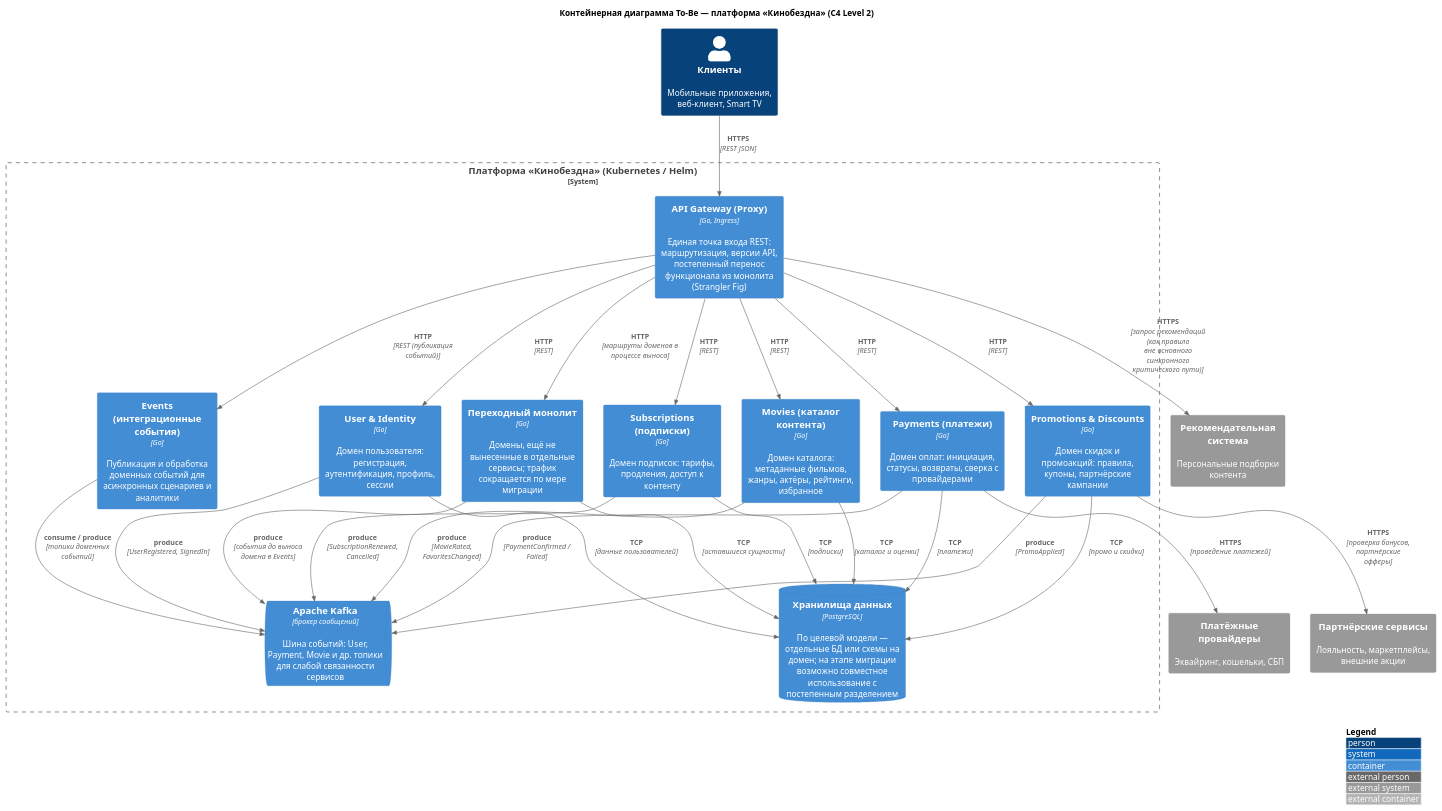
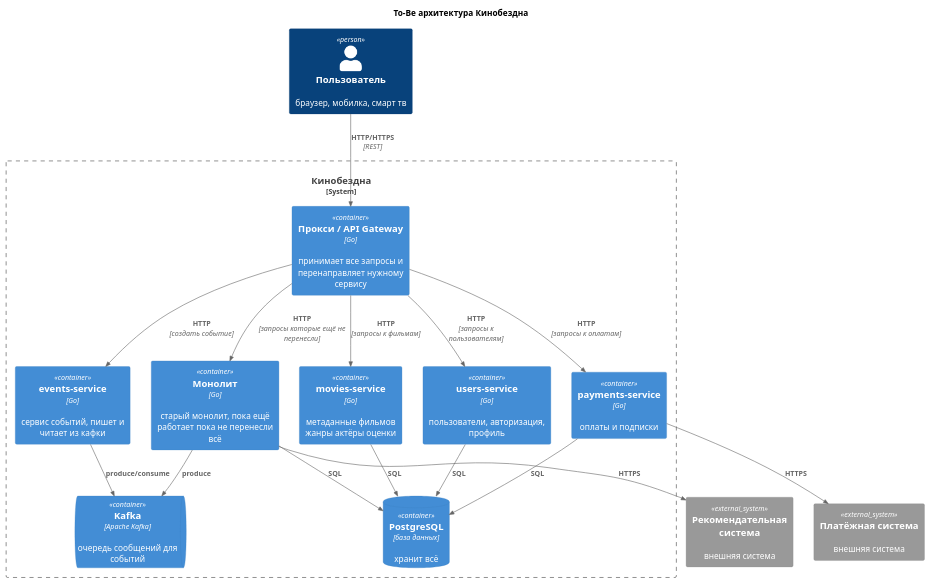
Before and after one commit to firuzd1/architecture-pro-cinemaabyss: the diagram in docs/architecture/c4-to-be-containers.puml, drawn with PlantUML. The commit also changed 1 other file, not shown here.

Commit message:
задание 1 - диаграмма c4 to be

```diff
--- a/docs/architecture/c4-to-be-containers.puml
+++ b/docs/architecture/c4-to-be-containers.puml
@@ -1,69 +1,49 @@
-@startuml CinemaAbyss_ToBe_Containers
-' C4-PlantUML: https://github.com/plantuml-stdlib/C4-PlantUML
-' При офлайн-рендере подставьте локальный путь к C4_Container.puml из вашей установки.
+@startuml
 !include https://raw.githubusercontent.com/plantuml-stdlib/C4-PlantUML/master/C4_Container.puml
 
-LAYOUT_WITH_LEGEND()
+title To-Be архитектура Кинобездна
 
-title Контейнерная диаграмма To-Be — платформа «Кинобездна» (C4 Level 2)
+Person(user, "Пользователь", "браузер, мобилка, смарт тв")
 
-Person(clients, "Клиенты", "Мобильные приложения, веб-клиент, Smart TV")
+System_Boundary(s, "Кинобездна") {
 
-System_Boundary(platform, "Платформа «Кинобездна» (Kubernetes / Helm)") {
+    Container(proxy, "Прокси / API Gateway", "Go", "принимает все запросы и перенаправляет нужному сервису")
 
-    Container(gateway, "API Gateway (Proxy)", "Go, Ingress", "Единая точка входа REST: маршрутизация, версии API, постепенный перенос функционала из монолита (Strangler Fig)")
+    Container(monolith, "Монолит", "Go", "старый монолит, пока ещё работает пока не перенесли всё")
 
-    Container(monolith, "Переходный монолит", "Go", "Домены, ещё не вынесенные в отдельные сервисы; трафик сокращается по мере миграции")
+    Container(movies, "movies-service", "Go", "метаданные фильмов жанры актёры оценки")
 
-    Container(users, "User & Identity", "Go", "Домен пользователя: регистрация, аутентификация, профиль, сессии")
+    Container(users, "users-service", "Go", "пользователи, авторизация, профиль")
 
-    Container(movies, "Movies (каталог контента)", "Go", "Домен каталога: метаданные фильмов, жанры, актёры, рейтинги, избранное")
+    Container(payments, "payments-service", "Go", "оплаты и подписки")
 
-    Container(payments, "Payments (платежи)", "Go", "Домен оплат: инициация, статусы, возвраты, сверка с провайдерами")
+    Container(events, "events-service", "Go", "сервис событий, пишет и читает из кафки")
 
-    Container(subs, "Subscriptions (подписки)", "Go", "Домен подписок: тарифы, продления, доступ к контенту")
+    ContainerQueue(kafka, "Kafka", "Apache Kafka", "очередь сообщений для событий")
 
-    Container(promo, "Promotions & Discounts", "Go", "Домен скидок и промоакций: правила, купоны, партнёрские кампании")
-
-    Container(events, "Events (интеграционные события)", "Go", "Публикация и обработка доменных событий для асинхронных сценариев и аналитики")
-
-    ContainerQueue(kafka, "Apache Kafka", "брокер сообщений", "Шина событий: User, Payment, Movie и др. топики для слабой связанности сервисов")
-
-    ContainerDb(db, "Хранилища данных", "PostgreSQL", "По целевой модели — отдельные БД или схемы на домен; на этапе миграции возможно совместное использование с постепенным разделением")
+    ContainerDb(db, "PostgreSQL", "база данных", "хранит всё")
 }
 
-System_Ext(reco, "Рекомендательная система", "Персональные подборки контента")
-System_Ext(psp, "Платёжные провайдеры", "Эквайринг, кошельки, СБП")
-System_Ext(partners, "Партнёрские сервисы", "Лояльность, маркетплейсы, внешние акции")
+System_Ext(reco, "Рекомендательная система", "внешняя система")
+System_Ext(pay_ext, "Платёжная система", "внешняя система")
 
-Rel(clients, gateway, "HTTPS", "REST JSON")
+Rel(user, proxy, "HTTP/HTTPS", "REST")
 
-Rel(gateway, monolith, "HTTP", "маршруты доменов в процессе выноса")
-Rel(gateway, users, "HTTP", "REST")
-Rel(gateway, movies, "HTTP", "REST")
-Rel(gateway, payments, "HTTP", "REST")
-Rel(gateway, subs, "HTTP", "REST")
-Rel(gateway, promo, "HTTP", "REST")
-Rel(gateway, events, "HTTP", "REST (публикация событий)")
+Rel(proxy, monolith, "HTTP", "запросы которые ещё не перенесли")
+Rel(proxy, movies, "HTTP", "запросы к фильмам")
+Rel(proxy, users, "HTTP", "запросы к пользователям")
+Rel(proxy, payments, "HTTP", "запросы к оплатам")
+Rel(proxy, events, "HTTP", "создать событие")
 
-Rel(gateway, reco, "HTTPS", "запрос рекомендаций (как правило вне основного синхронного критического пути)")
+Rel(monolith, db, "SQL", "")
+Rel(movies, db, "SQL", "")
+Rel(users, db, "SQL", "")
+Rel(payments, db, "SQL", "")
 
-Rel(users, db, "TCP", "данные пользователей")
-Rel(movies, db, "TCP", "каталог и оценки")
-Rel(payments, db, "TCP", "платежи")
-Rel(subs, db, "TCP", "подписки")
-Rel(promo, db, "TCP", "промо и скидки")
-Rel(monolith, db, "TCP", "оставшиеся сущности")
+Rel(events, kafka, "produce/consume", "")
+Rel(monolith, kafka, "produce", "")
 
-Rel(events, kafka, "consume / produce", "топики доменных событий")
-Rel(payments, kafka, "produce", "PaymentConfirmed / Failed")
-Rel(movies, kafka, "produce", "MovieRated, FavoritesChanged")
-Rel(users, kafka, "produce", "UserRegistered, SignedIn")
-Rel(subs, kafka, "produce", "SubscriptionRenewed, Cancelled")
-Rel(promo, kafka, "produce", "PromoApplied")
-Rel(monolith, kafka, "produce", "события до выноса домена в Events")
-
-Rel(payments, psp, "HTTPS", "проведение платежей")
-Rel(promo, partners, "HTTPS", "проверка бонусов, партнёрские офферы")
+Rel(payments, pay_ext, "HTTPS", "")
+Rel(monolith, reco, "HTTPS", "")
 
 @enduml
```
